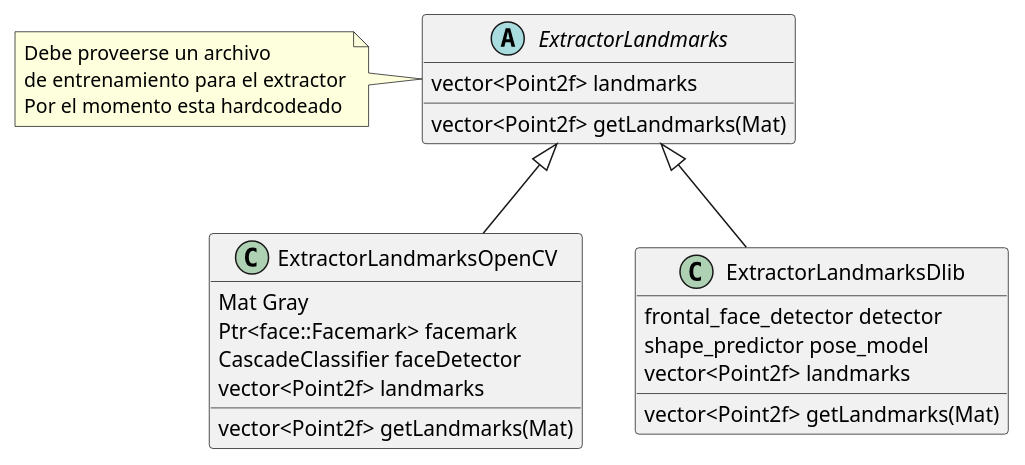
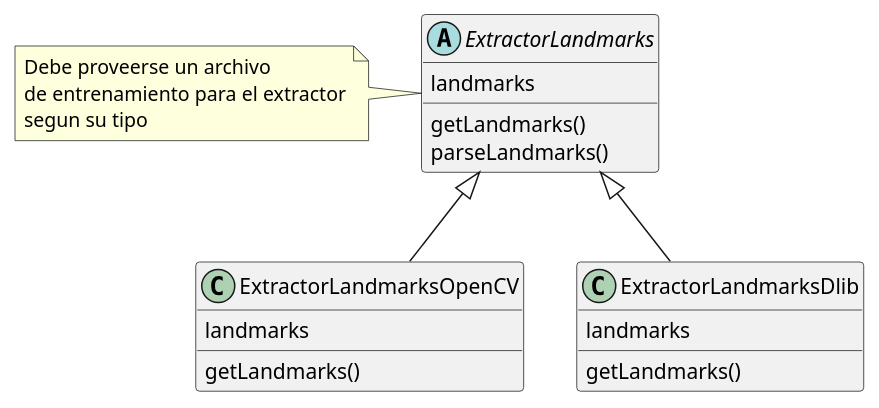
One commit to agustinavila/ProyectoVision changed the fifth of 5 diagrams in Diagrama.puml. Above: the diagram before and after it, drawn with PlantUML. The commit also changed other lines of this file and 35 other files, not shown here.

```diff
--- a/Diagrama.puml
+++ b/Diagrama.puml
@@ -127,31 +137,25 @@
 @startuml extractorLandmarks
 abstract class ExtractorLandmarks{
-	'debe definir todos los datos necesarios
-	'y los metodos para extraer y registrar los datos
-	vector<Point2f> landmarks
-	vector<Point2f> getLandmarks(Mat)
+	landmarks
+	getLandmarks()
+	parseLandmarks()
 }
 note left of ExtractorLandmarks
 Debe proveerse un archivo 
 de entrenamiento para el extractor
-Por el momento esta hardcodeado
+segun su tipo
 end note
 
 class ExtractorLandmarksOpenCV{
-Mat Gray
-Ptr<face::Facemark> facemark
-CascadeClassifier faceDetector
-vector<Point2f> landmarks
-vector<Point2f> getLandmarks(Mat)
+landmarks
+getLandmarks()
 }
 ExtractorLandmarks<|-- ExtractorLandmarksOpenCV
 
 class ExtractorLandmarksDlib{
-frontal_face_detector detector
-shape_predictor pose_model
-vector<Point2f> landmarks
-vector<Point2f> getLandmarks(Mat)
+landmarks
+getLandmarks()
 }
 ExtractorLandmarks<|-- ExtractorLandmarksDlib
 
 @enduml
```
